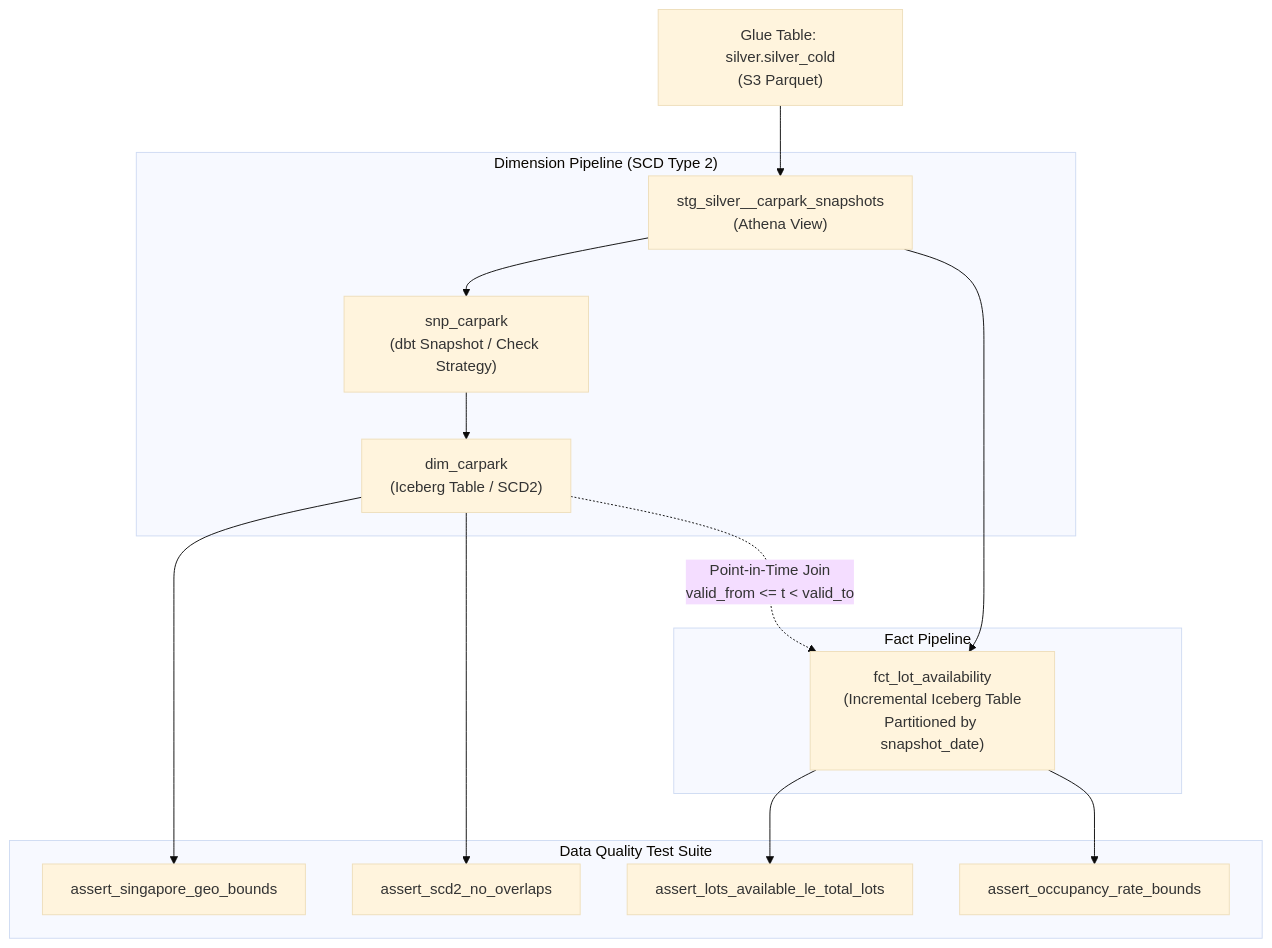
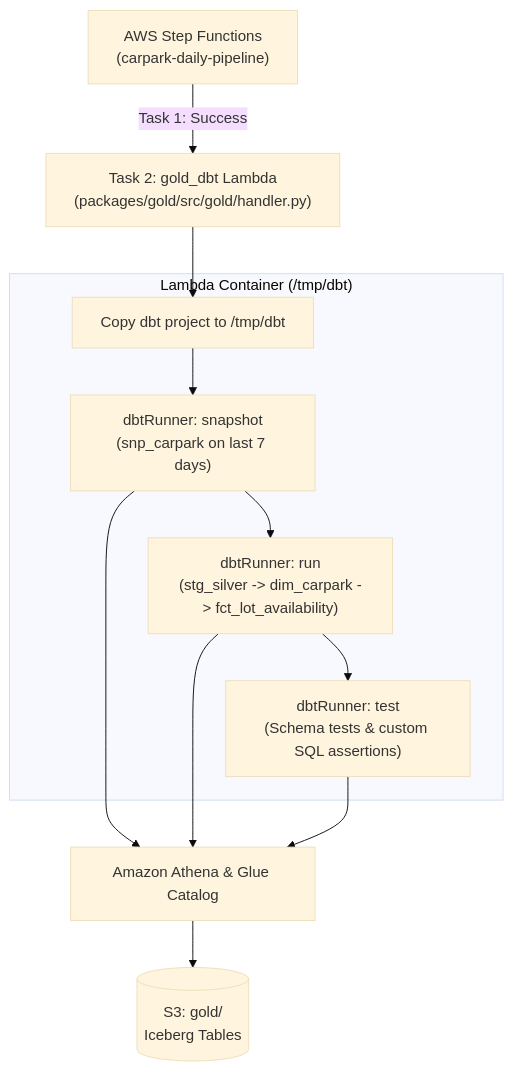
Before and after one commit to ShengHaozz/Carpark-Availabilities-Data: the diagram in docs/gold.md, drawn with Mermaid (base theme). The commit also changed other lines of this file and 2 other files, not shown here.

Commit message:
docs: update architecture and layer guides for Step Functions and gold dbt container

````diff
--- a/docs/gold.md
+++ b/docs/gold.md
@@ -14,21 +15,14 @@
 ```mermaid
 flowchart TD
-    SilverCold["Glue Table: silver.silver_cold\n(S3 Parquet)"] --> Staging["stg_silver__carpark_snapshots\n(Athena View)"]
+    SFN["AWS Step Functions\n(carpark-daily-pipeline)"] -->|Task 1: Success| LambdaGold["Task 2: gold_dbt Lambda\n(packages/gold/src/gold/handler.py)"]
     
-    subgraph Dimension Modeling ["Dimension Pipeline (SCD Type 2)"]
-        Staging --> Snpshot["snp_carpark\n(dbt Snapshot / Check Strategy)"]
-        Snpshot --> DimCarpark["dim_carpark\n(Iceberg Table / SCD2)"]
-    end
-    
-    subgraph Fact Modeling ["Fact Pipeline"]
-        Staging --> FctAvailability["fct_lot_availability\n(Incremental Iceberg Table\nPartitioned by snapshot_date)"]
-        DimCarpark -.->|Point-in-Time Join\nvalid_from <= t < valid_to| FctAvailability
+    subgraph Lambda Execution ["Lambda Container (/tmp/dbt)"]
+        Setup["Copy dbt project to /tmp/dbt"] --> DbtSnap["dbtRunner: snapshot\n(snp_carpark on last 7 days)"]
+        DbtSnap --> DbtRun["dbtRunner: run\n(stg_silver -> dim_carpark -> fct_lot_availability)"]
+        DbtRun --> DbtTest["dbtRunner: test\n(Schema tests & custom SQL assertions)"]
     end
 
-    subgraph Tests ["Data Quality Test Suite"]
-        DimCarpark --> TestGeo["assert_singapore_geo_bounds"]
-        DimCarpark --> TestSCD["assert_scd2_no_overlaps"]
-        FctAvailability --> TestLots["assert_lots_available_le_total_lots"]
-        FctAvailability --> TestOccupancy["assert_occupancy_rate_bounds"]
-    end
+    LambdaGold --> Setup
+    DbtSnap & DbtRun & DbtTest --> Athena["Amazon Athena & Glue Catalog"]
+    Athena --> S3Gold[("S3: gold/\nIceberg Tables")]
 ```
````
